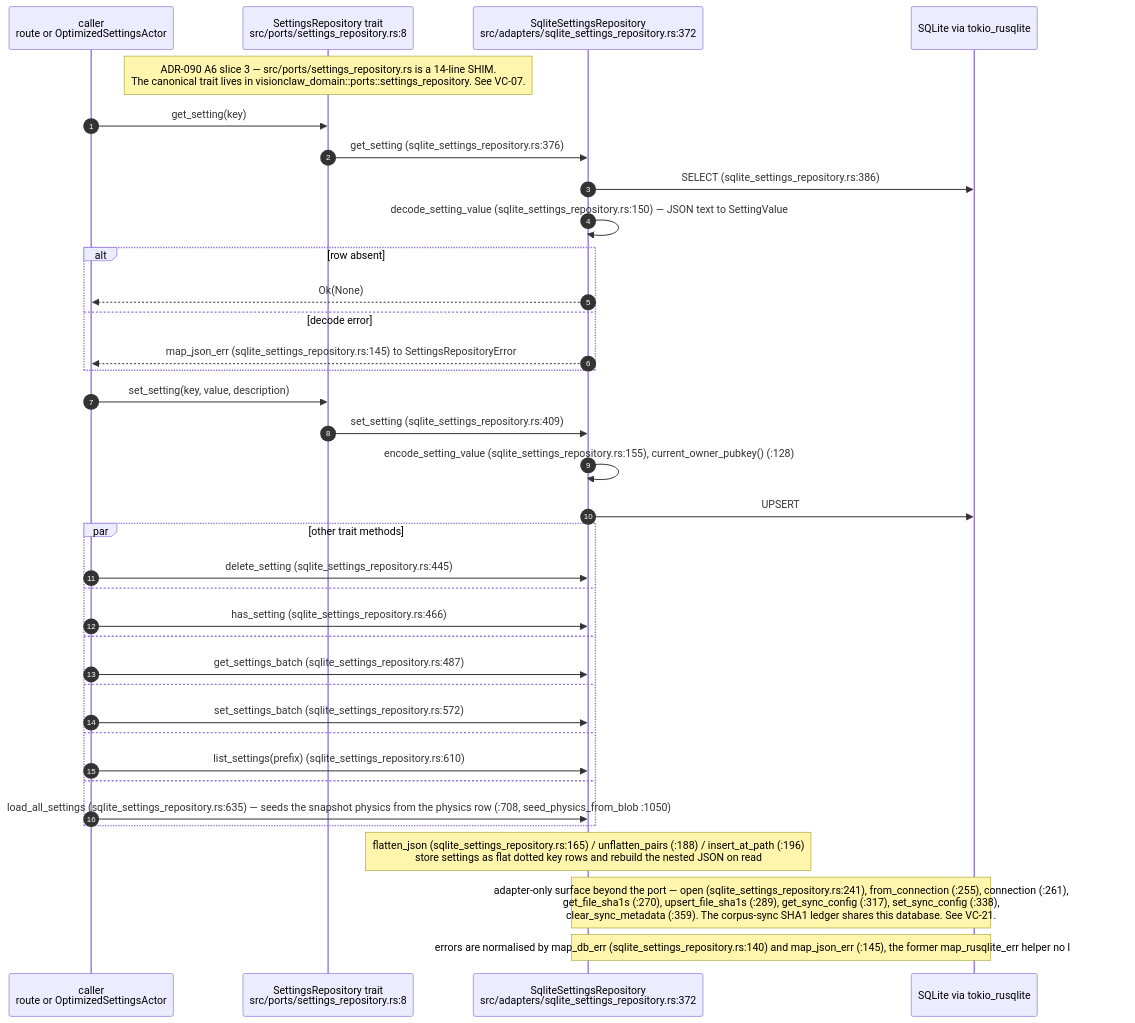
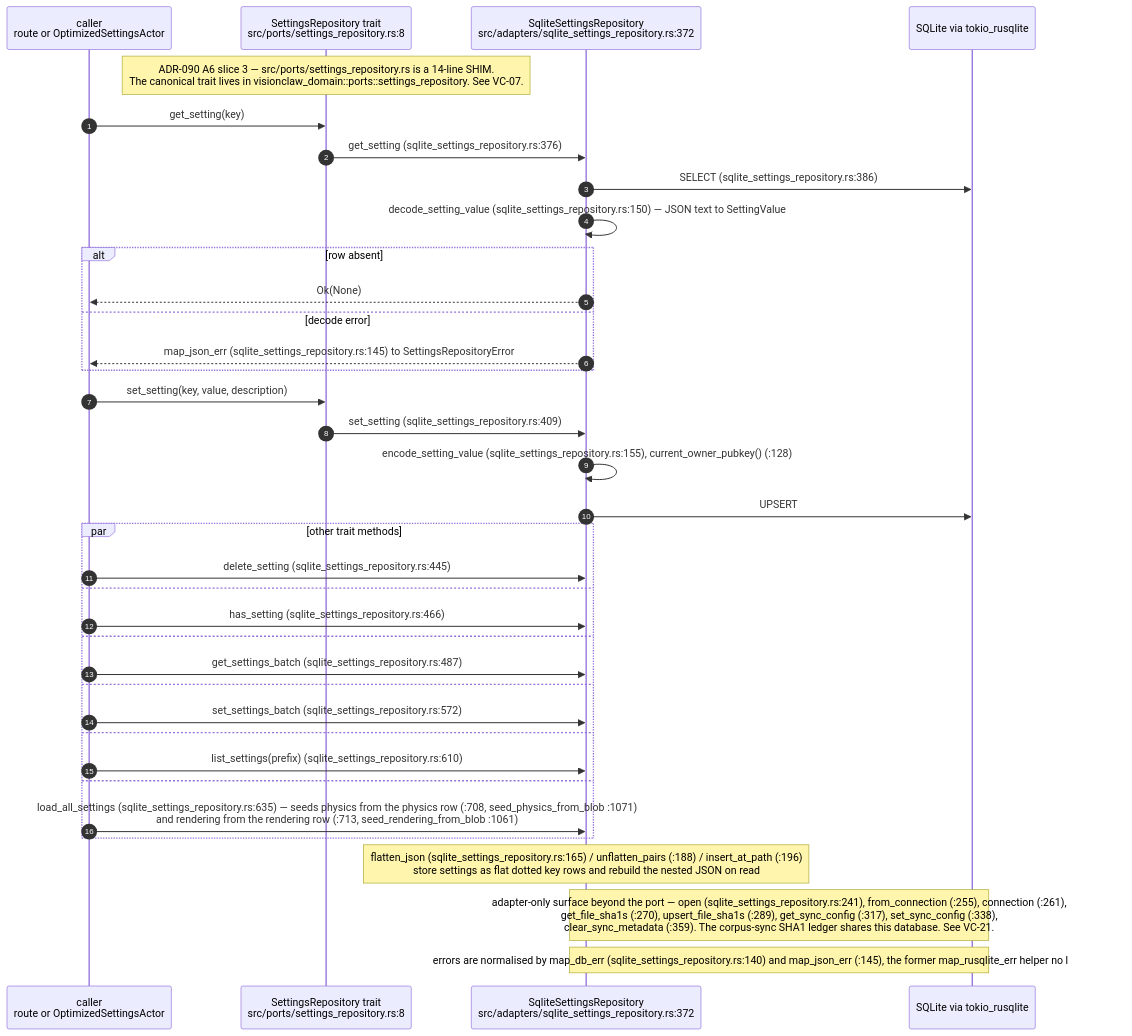
Before and after one commit to DreamLab-AI/VisionFlow: the sixth of 9 diagrams in docs/diagrams/visionclaw/06-settings-round-trip.md, drawn with Mermaid. The commit also changed other lines of this file and 46 other files, not shown here.

Commit message:
docs(diagrams): re-verify VisionClaw topics at 809a859aa/a950f4d80 after the consolidation pass

````diff
--- a/docs/diagrams/visionclaw/06-settings-round-trip.md
+++ b/docs/diagrams/visionclaw/06-settings-round-trip.md
@@ -248,39 +243,39 @@
 ```mermaid
 sequenceDiagram
     autonumber
     participant A as caller<br/>route or OptimizedSettingsActor
     participant P as SettingsRepository trait<br/>src/ports/settings_repository.rs:8
     participant AD as SqliteSettingsRepository<br/>src/adapters/sqlite_settings_repository.rs:372
     participant DB as SQLite via tokio_rusqlite
 
     Note over P: ADR-090 A6 slice 3 — src/ports/settings_repository.rs is a 14-line SHIM.<br/>The canonical trait lives in visionclaw_domain::ports::settings_repository. See VC-07.
     A->>P: get_setting(key)
     P->>AD: get_setting (sqlite_settings_repository.rs:376)
     AD->>DB: SELECT (sqlite_settings_repository.rs:386)
     AD->>AD: decode_setting_value (sqlite_settings_repository.rs:150) — JSON text to SettingValue
     alt row absent
         AD-->>A: Ok(None)
     else decode error
         AD-->>A: map_json_err (sqlite_settings_repository.rs:145) to SettingsRepositoryError
     end
     A->>P: set_setting(key, value, description)
     P->>AD: set_setting (sqlite_settings_repository.rs:409)
     AD->>AD: encode_setting_value (sqlite_settings_repository.rs:155), current_owner_pubkey() (:128)
     AD->>DB: UPSERT
     par other trait methods
         A->>AD: delete_setting (sqlite_settings_repository.rs:445)
     and
         A->>AD: has_setting (sqlite_settings_repository.rs:466)
     and
         A->>AD: get_settings_batch (sqlite_settings_repository.rs:487)
     and
         A->>AD: set_settings_batch (sqlite_settings_repository.rs:572)
     and
         A->>AD: list_settings(prefix) (sqlite_settings_repository.rs:610)
     and
-        A->>AD: load_all_settings (sqlite_settings_repository.rs:635) — seeds the snapshot physics from the physics row (:708, seed_physics_from_blob :1050)
+        A->>AD: load_all_settings (sqlite_settings_repository.rs:635) — seeds physics from the physics row (:708, seed_physics_from_blob :1071)<br/>and rendering from the rendering row (:713, seed_rendering_from_blob :1061)
     end
     Note over AD: flatten_json (sqlite_settings_repository.rs:165) / unflatten_pairs (:188) / insert_at_path (:196)<br/>store settings as flat dotted key rows and rebuild the nested JSON on read
     Note over AD,DB: adapter-only surface beyond the port — open (sqlite_settings_repository.rs:241), from_connection (:255), connection (:261),<br/>get_file_sha1s (:270), upsert_file_sha1s (:289), get_sync_config (:317), set_sync_config (:338),<br/>clear_sync_metadata (:359). The corpus-sync SHA1 ledger shares this database. See VC-21.
     Note over AD,DB: errors are normalised by map_db_err (sqlite_settings_repository.rs:140) and map_json_err (:145), the former map_rusqlite_err helper no longer exists
 ```
````
